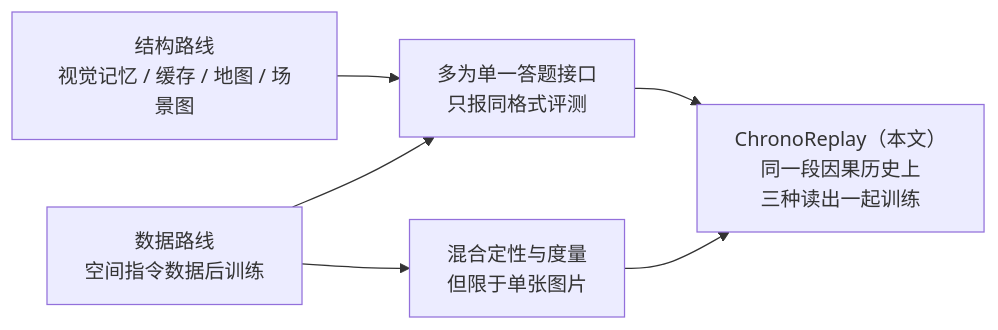
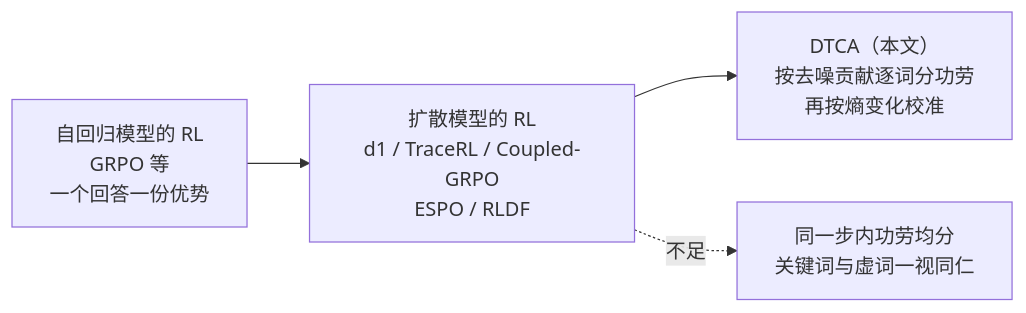
Before and after one commit to yingwang/paper-reads: the second of 4 diagrams in docs/index.md, drawn with Mermaid. The commit also changed other lines of this file and 2 other files, not shown here.

First line of the commit message:
Add 2026-10-29-dtca-denoising-token-credit-assignment-dlm

````diff
--- a/docs/index.md
+++ b/docs/index.md
@@ -81,8 +79,6 @@
 ```mermaid
 flowchart LR
-    A["结构路线<br/>视觉记忆 / 缓存 / 地图 / 场景图"] --> X["多为单一答题接口<br/>只报同格式评测"]
-    B["数据路线<br/>空间指令数据后训练"] --> X
-    B --> Y["混合定性与度量<br/>但限于单张图片"]
-    X --> C["ChronoReplay（本文）<br/>同一段因果历史上<br/>三种读出一起训练"]
-    Y --> C
+    A["自回归模型的 RL<br/>GRPO 等<br/>一个回答一份优势"] --> B["扩散模型的 RL<br/>d1 / TraceRL / Coupled-GRPO<br/>ESPO / RLDF"]
+    B --> C["DTCA（本文）<br/>按去噪贡献逐词分功劳<br/>再按熵变化校准"]
+    B -.->|"不足"| X["同一步内功劳均分<br/>关键词与虚词一视同仁"]
 ```
````
